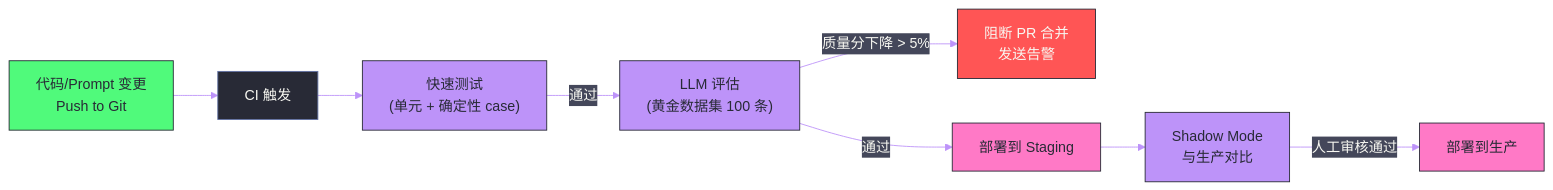
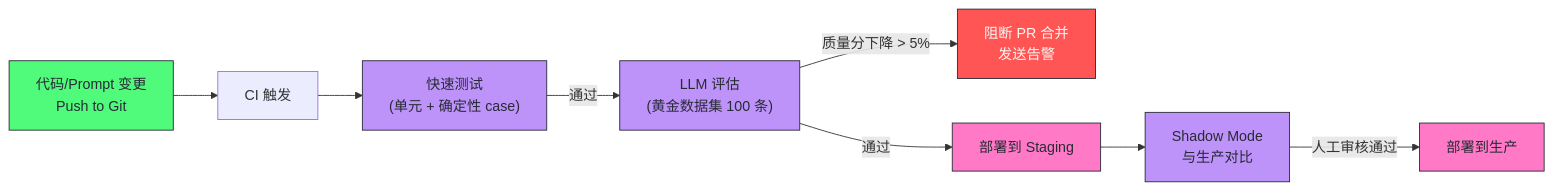
Before and after one commit to hpliStartAgain/my-brain: the second of 2 diagrams in content/LLM/Agent技术/应用开发/16 Agent 评估与可靠性工程.md, drawn with Mermaid. The commit also changed other lines of this file and 8 other files, not shown here.

````diff
--- a/content/LLM/Agent技术/应用开发/16 Agent 评估与可靠性工程.md
+++ b/content/LLM/Agent技术/应用开发/16 Agent 评估与可靠性工程.md
@@ -461,20 +666,20 @@
 ```mermaid
-%%{init: {'theme': 'base', 'themeVariables': {'primaryColor': '#282a36', 'primaryTextColor': '#f8f8f2', 'primaryBorderColor': '#6272a4', 'lineColor': '#bd93f9', 'secondaryColor': '#44475a', 'tertiaryColor': '#44475a'}}}%%
+%%{init: {'theme': 'dracula', 'themeVariables': {'primaryColor': '#282a36', 'primaryTextColor': '#f8f8f2', 'primaryBorderColor': '#6272a4', 'lineColor': '#bd93f9', 'secondaryColor': '#44475a', 'tertiaryColor': '#44475a'}}%%
 graph LR
-    COMMIT["代码/Prompt 变更</br>Push to Git"] --> CI["CI 触发"]
-    CI --> FAST["快速测试</br>(单元 + 确定性 case)"]
-    FAST -->|"通过"| EVAL["LLM 评估</br>(黄金数据集 100 条)"]
-    EVAL -->|"质量分下降 > 5%"| BLOCK["阻断 PR 合并</br>发送告警"]
+    COMMIT["代码/Prompt 变更<br/>Push to Git"] --> CI["CI 触发"]
+    CI --> FAST["快速测试<br/>(单元 + 确定性 case)"]
+    FAST -->|"通过"| EVAL["LLM 评估<br/>(黄金数据集 100 条)"]
+    EVAL -->|"质量分下降 > 5%"| BLOCK["阻断 PR 合并<br/>发送告警"]
     EVAL -->|"通过"| DEPLOY["部署到 Staging"]
-    DEPLOY --> SHADOW["Shadow Mode</br>与生产对比"]
+    DEPLOY --> SHADOW["Shadow Mode<br/>与生产对比"]
     SHADOW -->|"人工审核通过"| PROD["部署到生产"]
 
     classDef trigger fill:#50fa7b,stroke:#282a36,color:#282a36
     classDef test fill:#bd93f9,stroke:#282a36,color:#282a36
     classDef gate fill:#ff5555,stroke:#282a36,color:#f8f8f2
     classDef deploy fill:#ff79c6,stroke:#282a36,color:#282a36
     class COMMIT trigger
     class FAST,EVAL,SHADOW test
     class BLOCK gate
     class DEPLOY,PROD deploy
 ```
````
